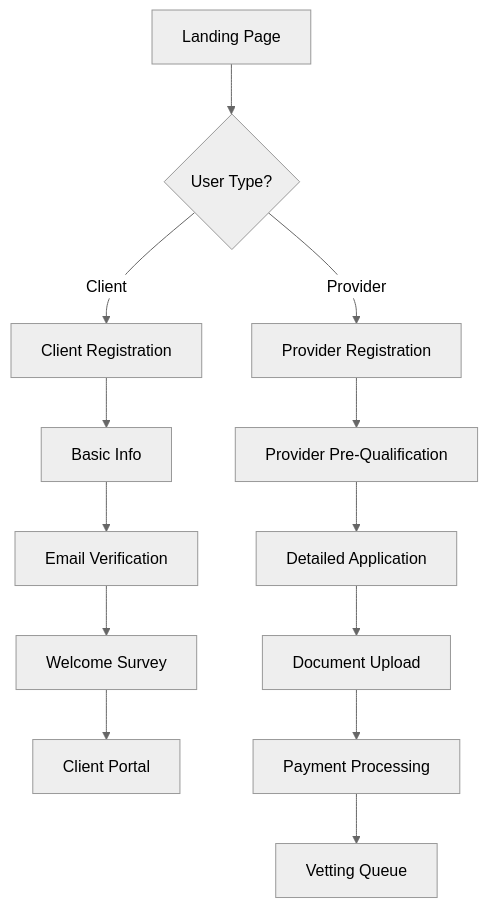
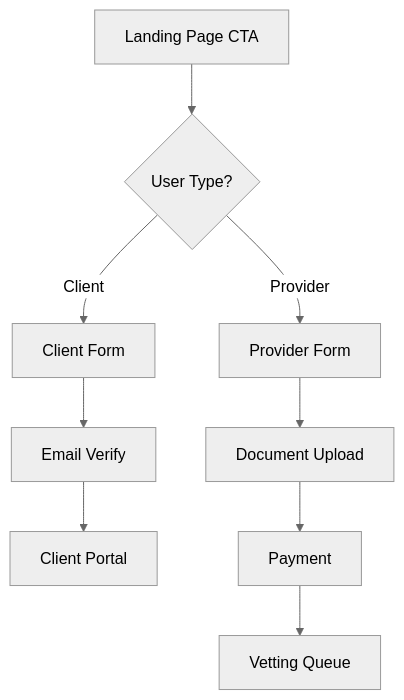
Before and after one commit to TenderSure-Africa-SEZ/trific-platform-docs: the diagram in docs/portals/home-landing/user-registration/index.md, drawn with Mermaid (neutral theme). The commit also changed other lines of this file and 13 other files, not shown here.

Commit message:
added: more edits to home-landing page;

````diff
--- a/docs/portals/home-landing/user-registration/index.md
+++ b/docs/portals/home-landing/user-registration/index.md
@@ -19,17 +23,13 @@
 ```mermaid
 graph TD
-    A[Landing Page] --> B{User Type?}
-    B -->|Client| C[Client Registration]
-    B -->|Provider| D[Provider Registration]
+    A[Landing Page CTA] --> B{User Type?}
+    B -->|Client| C[Client Form]
+    B -->|Provider| D[Provider Form]
 
-    C --> E[Basic Info]
-    E --> F[Email Verification]
-    F --> G[Welcome Survey]
-    G --> H[Client Portal]
+    C --> E[Email Verify]
+    E --> F[Client Portal]
 
-    D --> I[Provider Pre-Qualification]
-    I --> J[Detailed Application]
-    J --> K[Document Upload]
-    K --> L[Payment Processing]
-    L --> M[Vetting Queue]
+    D --> G[Document Upload]
+    G --> H[Payment]
+    H --> I[Vetting Queue]
 ```
````
